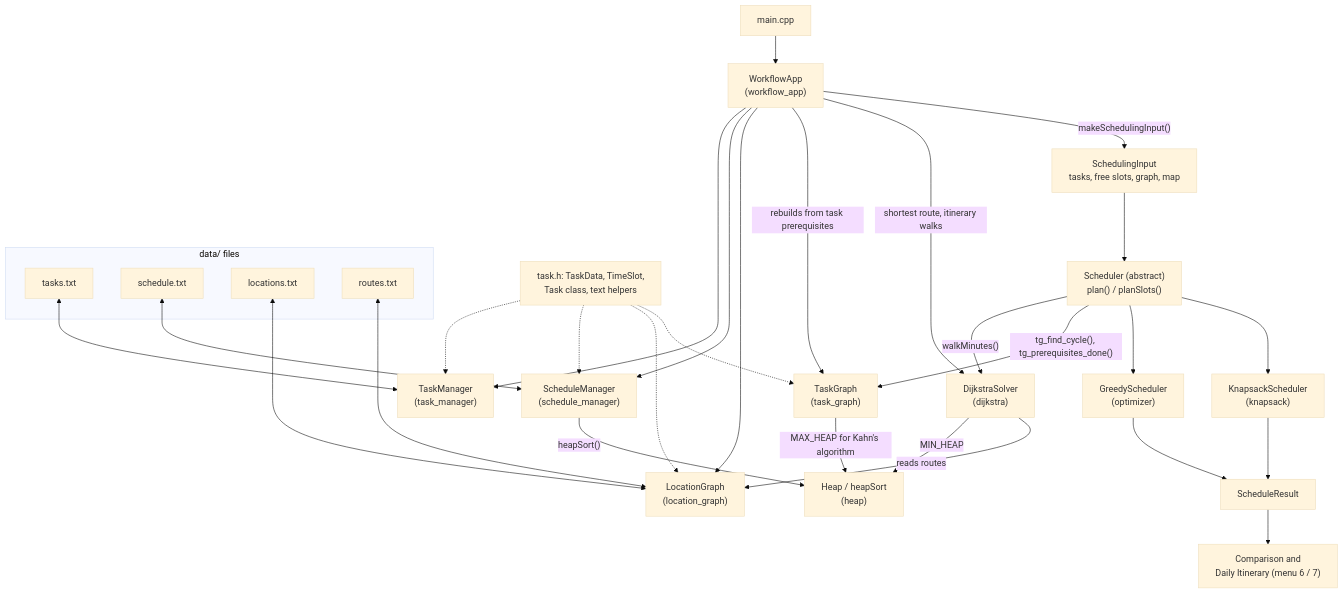
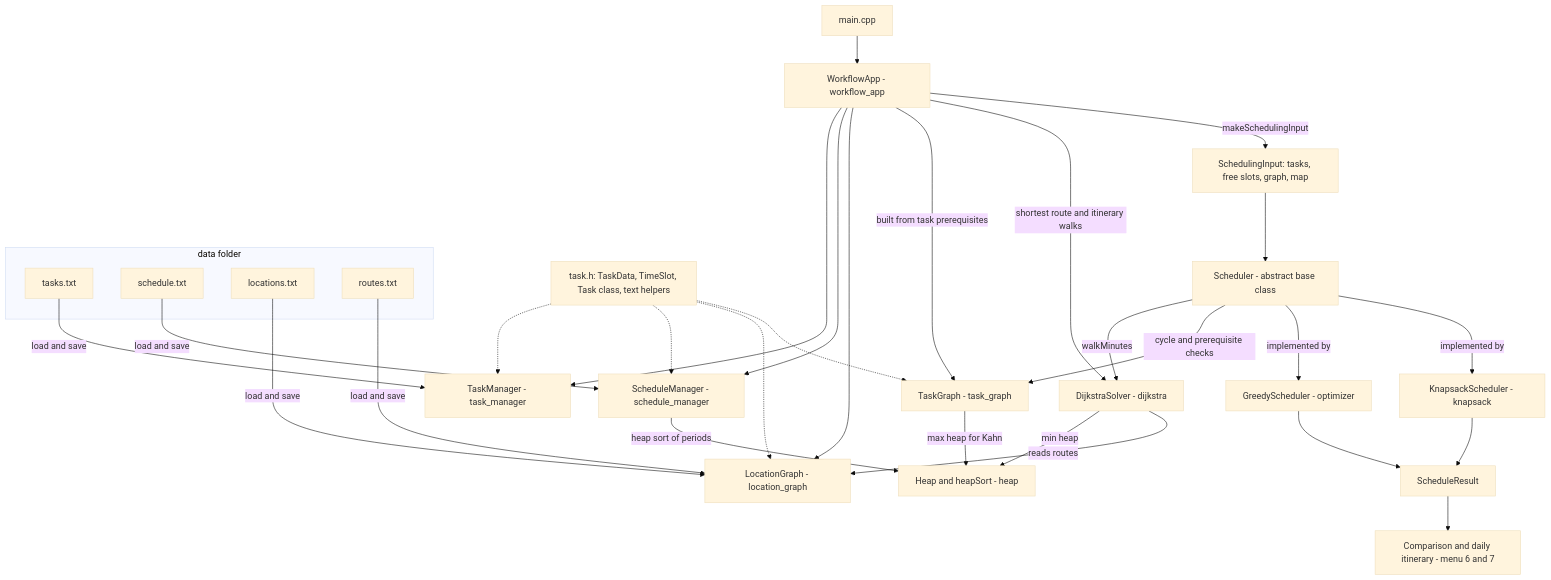
One commit to AkhilSemwal/PBL changed the second of 4 diagrams in README.md. Above: the diagram before and after it, drawn with Mermaid (base theme). The commit also changed other lines of this file, not shown here.

````diff
--- a/README.md
+++ b/README.md
@@ -336,42 +336,42 @@
 ```mermaid
-flowchart TD
-    MAIN["main.cpp"] --> APP["WorkflowApp<br/>(workflow_app)"]
+graph TD
+    MAIN["main.cpp"] --> APP["WorkflowApp - workflow_app"]
 
-    subgraph DATA["data/ files"]
+    subgraph DATAFILES["data folder"]
         TXT1["tasks.txt"]
         TXT2["schedule.txt"]
         TXT3["locations.txt"]
         TXT4["routes.txt"]
     end
 
-    TXT1 <--> TM["TaskManager<br/>(task_manager)"]
-    TXT2 <--> SM["ScheduleManager<br/>(schedule_manager)"]
-    TXT3 <--> LG["LocationGraph<br/>(location_graph)"]
-    TXT4 <--> LG
+    TXT1 -->|load and save| TM["TaskManager - task_manager"]
+    TXT2 -->|load and save| SM["ScheduleManager - schedule_manager"]
+    TXT3 -->|load and save| LG["LocationGraph - location_graph"]
+    TXT4 -->|load and save| LG
 
     APP --> TM
     APP --> SM
     APP --> LG
-    APP -- "rebuilds from task prerequisites" --> TG["TaskGraph<br/>(task_graph)"]
+    APP -->|built from task prerequisites| TG["TaskGraph - task_graph"]
 
-    SM -- "heapSort()" --> HEAP["Heap / heapSort<br/>(heap)"]
-    TG -- "MAX_HEAP for Kahn's algorithm" --> HEAP
-    DJ["DijkstraSolver<br/>(dijkstra)"] -- "MIN_HEAP" --> HEAP
-    DJ -- "reads routes" --> LG
+    SM -->|heap sort of periods| HEAP["Heap and heapSort - heap"]
+    TG -->|max heap for Kahn| HEAP
+    DJ["DijkstraSolver - dijkstra"] -->|min heap| HEAP
+    DJ -->|reads routes| LG
 
-    APP -- "shortest route, itinerary walks" --> DJ
-    APP -- "makeSchedulingInput()" --> IN["SchedulingInput<br/>tasks, free slots, graph, map"]
-    IN --> SCH["Scheduler (abstract)<br/>plan() / planSlots()"]
-    SCH -- "walkMinutes()" --> DJ
-    SCH -- "tg_find_cycle(), tg_prerequisites_done()" --> TG
-    SCH --> GR["GreedyScheduler<br/>(optimizer)"]
-    SCH --> KN["KnapsackScheduler<br/>(knapsack)"]
+    APP -->|shortest route and itinerary walks| DJ
+    APP -->|makeSchedulingInput| IN["SchedulingInput: tasks, free slots, graph, map"]
+    IN --> SCH["Scheduler - abstract base class"]
+    SCH -->|walkMinutes| DJ
+    SCH -->|cycle and prerequisite checks| TG
+    SCH -->|implemented by| GR["GreedyScheduler - optimizer"]
+    SCH -->|implemented by| KN["KnapsackScheduler - knapsack"]
     GR --> RES["ScheduleResult"]
     KN --> RES
-    RES --> ITI["Comparison and<br/>Daily Itinerary (menu 6 / 7)"]
+    RES --> ITI["Comparison and daily itinerary - menu 6 and 7"]
 
-    TASK["task.h: TaskData, TimeSlot,<br/>Task class, text helpers"] -.-> TM
+    TASK["task.h: TaskData, TimeSlot, Task class, text helpers"] -.-> TM
     TASK -.-> SM
     TASK -.-> LG
     TASK -.-> TG
 ```
````
